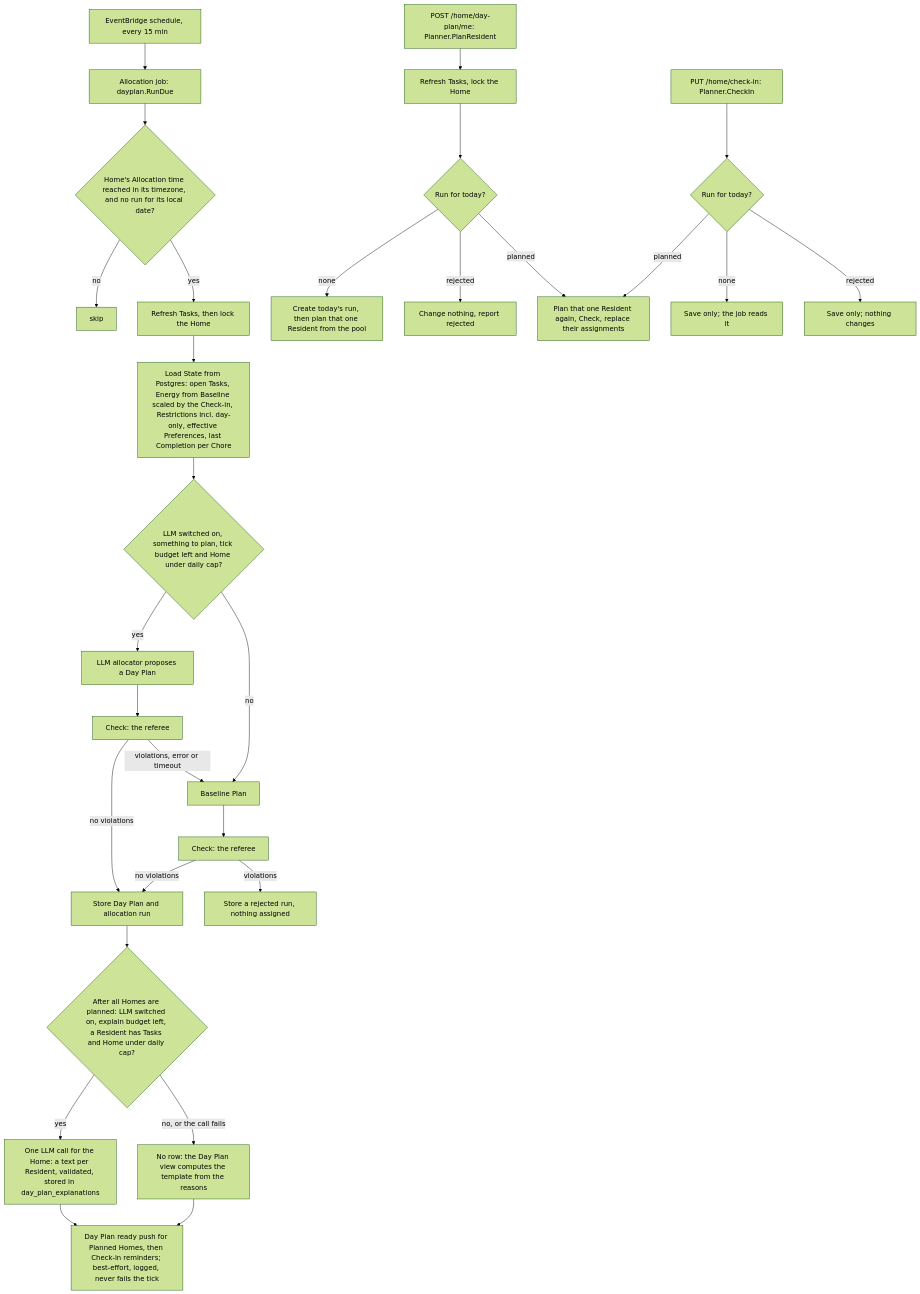
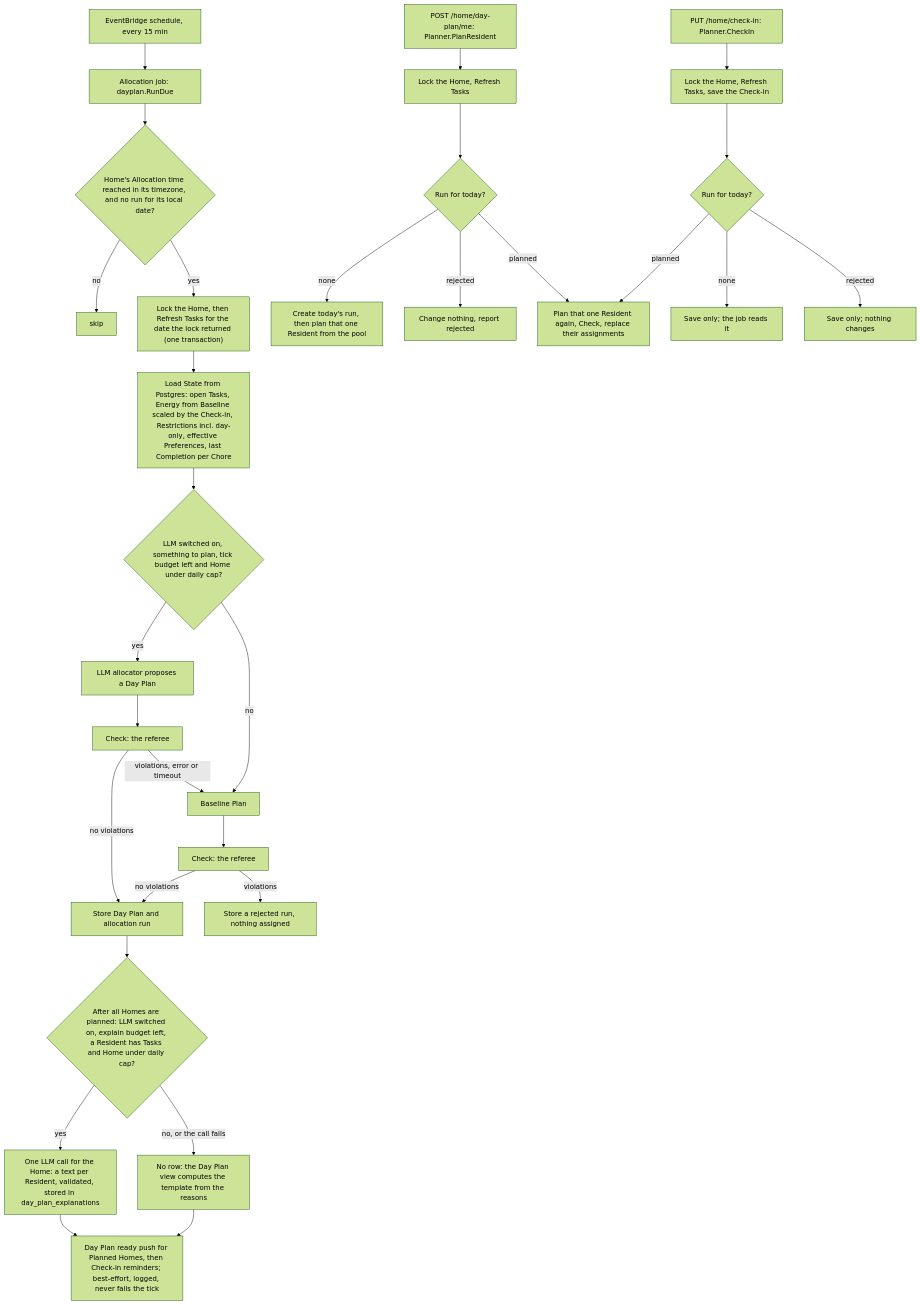
One commit to AbnerWillclefy/Homeowner changed the diagram in docs/architecture/allocation.md. Above: the diagram before and after it, drawn with Mermaid (forest theme). The commit also changed other lines of this file and 3 other files, not shown here.

Commit message:
docs(architecture): describe the single plan transaction and stored reasons

````diff
--- a/docs/architecture/allocation.md
+++ b/docs/architecture/allocation.md
@@ -74,33 +76,34 @@
 ```mermaid
 flowchart TD
     EB["EventBridge schedule, every 15 min"] --> J["Allocation job: dayplan.RunDue"]
     J --> H{"Home's Allocation time reached in its timezone, and no run for its local date?"}
     H -->|no| X["skip"]
-    H -->|yes| R["Refresh Tasks, then lock the Home"]
+    H -->|yes| R["Lock the Home, then Refresh Tasks for the date the lock returned (one transaction)"]
     R --> L["Load State from Postgres: open Tasks, Energy from Baseline scaled by the Check-in, Restrictions incl. day-only, effective Preferences, last Completion per Chore"]
     L --> Q{"LLM switched on, something to plan, tick budget left and Home under daily cap?"}
     Q -->|yes| LLM["LLM allocator proposes a Day Plan"]
     LLM --> CK["Check: the referee"]
     CK -->|no violations| S
     CK -->|violations, error or timeout| B
     Q -->|no| B["Baseline Plan"]
     B --> CK2["Check: the referee"]
     CK2 -->|no violations| S["Store Day Plan and allocation run"]
     CK2 -->|violations| RJ["Store a rejected run, nothing assigned"]
     S --> EX{"After all Homes are planned: LLM switched on, explain budget left, a Resident has Tasks and Home under daily cap?"}
     EX -->|yes| EL["One LLM call for the Home: a text per Resident, validated, stored in day_plan_explanations"]
     EX -->|no, or the call fails| TP["No row: the Day Plan view computes the template from the reasons"]
     EL --> N
     TP --> N["Day Plan ready push for Planned Homes, then Check-in reminders; best-effort, logged, never fails the tick"]
-    GR["POST /home/day-plan/me: Planner.PlanResident"] --> GF["Refresh Tasks, lock the Home"]
+    GR["POST /home/day-plan/me: Planner.PlanResident"] --> GF["Lock the Home, Refresh Tasks"]
     GF --> GR2{"Run for today?"}
     GR2 -->|none| GN["Create today's run, then plan that one Resident from the pool"]
     GR2 -->|rejected| GJ["Change nothing, report rejected"]
     GR2 -->|planned| RP
-    CI["PUT /home/check-in: Planner.CheckIn"] --> CR{"Run for today?"}
+    CI["PUT /home/check-in: Planner.CheckIn"] --> CF["Lock the Home, Refresh Tasks, save the Check-in"]
+    CF --> CR{"Run for today?"}
     CR -->|none| CS["Save only; the job reads it"]
     CR -->|rejected| CS2["Save only; nothing changes"]
     CR -->|planned| RP["Plan that one Resident again, Check, replace their assignments"]
 
     classDef planned stroke-dasharray: 5 5,color:#666
 ```
````
